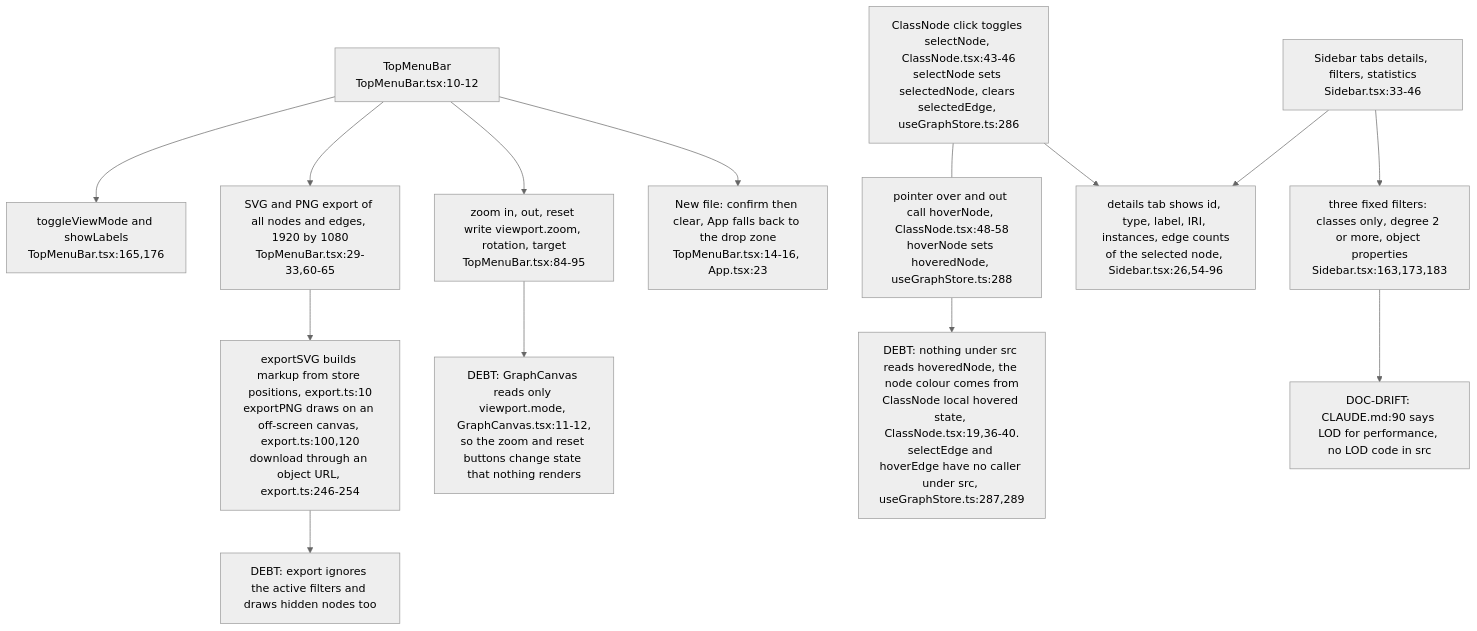
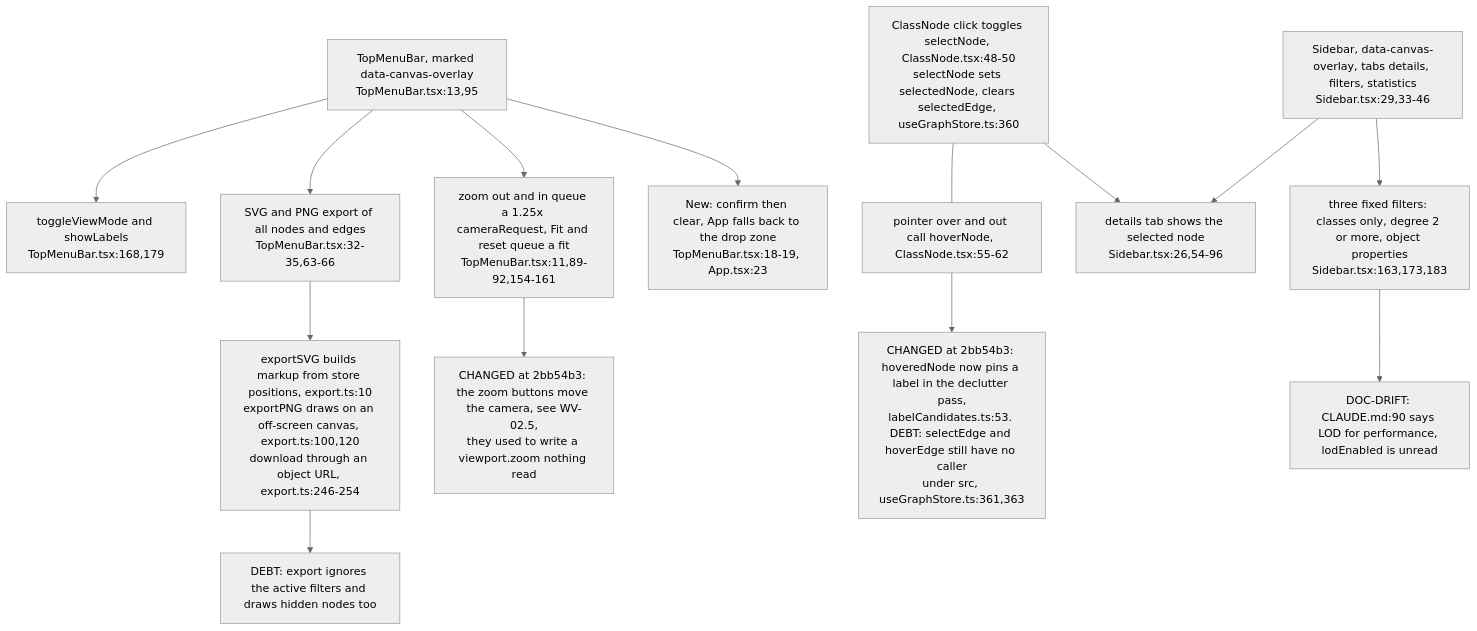
The fourth of 5 diagrams in docs/diagrams/wasmvowl/02-modern-explorer-runtime.md (DreamLab-AI/VisionFlow), drawn with Mermaid (neutral theme) before and after one commit. The commit also changed other lines of this file and 4 other files, not shown here.

First line of the commit message:
docs(diagrams): wasmvowl re-verified at WasmVOWL 2bb54b3 (NggExplorer layout, camera, CI)

````diff
--- a/docs/diagrams/wasmvowl/02-modern-explorer-runtime.md
+++ b/docs/diagrams/wasmvowl/02-modern-explorer-runtime.md
@@ -96,16 +103,16 @@
 ```mermaid
 flowchart TB
-    TMB["TopMenuBar<br/>TopMenuBar.tsx:10-12"] --> NEW["New file: confirm then clear, App falls back to the drop zone<br/>TopMenuBar.tsx:14-16, App.tsx:23"]
-    TMB --> ZOOM["zoom in, out, reset write viewport.zoom, rotation, target<br/>TopMenuBar.tsx:84-95"]
-    TMB --> EXP["SVG and PNG export of all nodes and edges, 1920 by 1080<br/>TopMenuBar.tsx:29-33,60-65"]
+    TMB["TopMenuBar, marked data-canvas-overlay<br/>TopMenuBar.tsx:13,95"] --> NEW["New: confirm then clear, App falls back to the drop zone<br/>TopMenuBar.tsx:18-19, App.tsx:23"]
+    TMB --> ZOOM["zoom out and in queue a 1.25x cameraRequest, Fit and reset queue a fit<br/>TopMenuBar.tsx:11,89-92,154-161"]
+    TMB --> EXP["SVG and PNG export of all nodes and edges<br/>TopMenuBar.tsx:32-35,63-66"]
     EXP --> EXF["exportSVG builds markup from store positions, export.ts:10<br/>exportPNG draws on an off-screen canvas, export.ts:100,120<br/>download through an object URL, export.ts:246-254"]
-    TMB --> VM["toggleViewMode and showLabels<br/>TopMenuBar.tsx:165,176"]
-    SB["Sidebar tabs details, filters, statistics<br/>Sidebar.tsx:33-46"] --> FIL["three fixed filters: classes only, degree 2 or more, object properties<br/>Sidebar.tsx:163,173,183"]
-    CLK["ClassNode click toggles selectNode, ClassNode.tsx:43-46<br/>selectNode sets selectedNode, clears selectedEdge, useGraphStore.ts:286"] --> DET["details tab shows id, type, label, IRI, instances, edge counts<br/>of the selected node, Sidebar.tsx:26,54-96"]
+    TMB --> VM["toggleViewMode and showLabels<br/>TopMenuBar.tsx:168,179"]
+    SB["Sidebar, data-canvas-overlay, tabs details, filters, statistics<br/>Sidebar.tsx:29,33-46"] --> FIL["three fixed filters: classes only, degree 2 or more, object properties<br/>Sidebar.tsx:163,173,183"]
+    CLK["ClassNode click toggles selectNode, ClassNode.tsx:48-50<br/>selectNode sets selectedNode, clears selectedEdge, useGraphStore.ts:360"] --> DET["details tab shows the selected node<br/>Sidebar.tsx:26,54-96"]
     SB --> DET
-    HOV["pointer over and out call hoverNode, ClassNode.tsx:48-58<br/>hoverNode sets hoveredNode, useGraphStore.ts:288"] --> D4["DEBT: nothing under src reads hoveredNode, the node colour comes from<br/>ClassNode local hovered state, ClassNode.tsx:19,36-40.<br/>selectEdge and hoverEdge have no caller under src, useGraphStore.ts:287,289"]
+    HOV["pointer over and out call hoverNode, ClassNode.tsx:55-62"] --> D4["CHANGED at 2bb54b3: hoveredNode now pins a label in the declutter pass,<br/>labelCandidates.ts:53. DEBT: selectEdge and hoverEdge still have no caller<br/>under src, useGraphStore.ts:361,363"]
     CLK --- HOV
-    ZOOM --> D1["DEBT: GraphCanvas reads only viewport.mode, GraphCanvas.tsx:11-12,<br/>so the zoom and reset buttons change state that nothing renders"]
+    ZOOM --> D1["CHANGED at 2bb54b3: the zoom buttons move the camera, see WV-02.5,<br/>they used to write a viewport.zoom nothing read"]
     EXF --> D2["DEBT: export ignores the active filters and draws hidden nodes too"]
-    FIL --> D3["DOC-DRIFT: CLAUDE.md:90 says LOD for performance, no LOD code in src"]
+    FIL --> D3["DOC-DRIFT: CLAUDE.md:90 says LOD for performance, lodEnabled is unread"]
 ```
````
